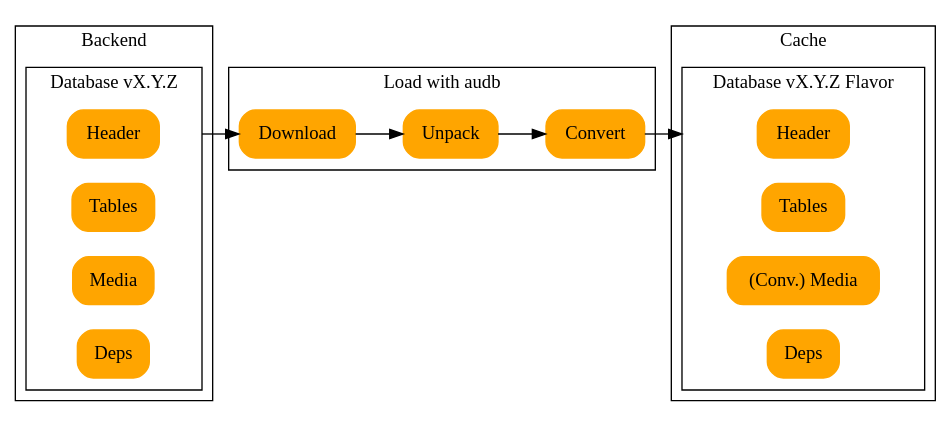
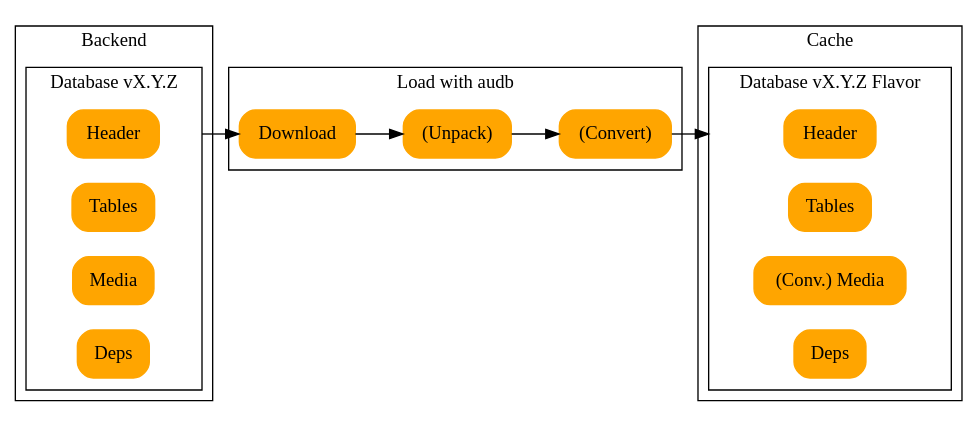
Before and after one commit to audeering/audb: the diagram in docs/pics/load.dot, drawn with Graphviz. The commit also changed 2 other files, not shown here.

```diff
--- a/docs/pics/load.dot
+++ b/docs/pics/load.dot
@@ -1,41 +1,41 @@
 
 digraph G {
 
     rankdir=LR
     node[shape=Mrecord, style=filled, color=orange]
     compound=true
 
     subgraph cluster_backend {
         label="Backend"
         subgraph cluster_database {
             label="Database vX.Y.Z"
             header_in[label="Header"]
             tables_in[label="Tables"]
             media_in[label="Media"]
             deps_in[label="Deps"]
         }
     }
 
     subgraph cluster_load {
         label="Load with audb"
         download[label="Download"]
-        unpack[label="Unpack"]
-        convert[label="Convert"]
+        unpack[label="(Unpack)"]
+        convert[label="(Convert)"]
     }
 
     subgraph cluster_cache {
         label="Cache"
         subgraph cluster_flavor {
             label="Database vX.Y.Z Flavor"
             header_out[label="Header"]
             tables_out[label="Tables"]
             media_out[label="(Conv.) Media"]
             deps_out[label="Deps"]
         }
     }
 
     header_in->download [ltail=cluster_database]
     download->unpack->convert
     convert->header_out [lhead=cluster_flavor]
 
 }
```
